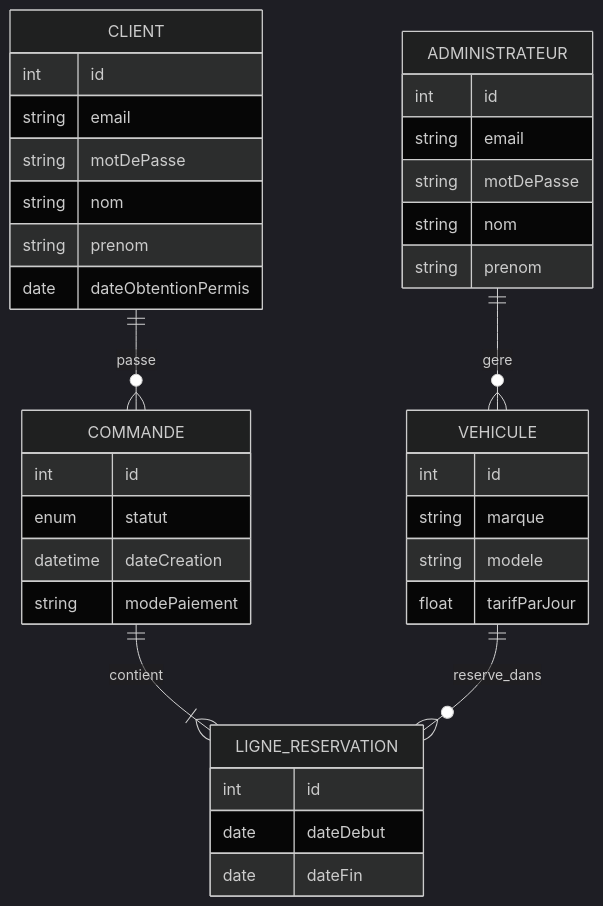
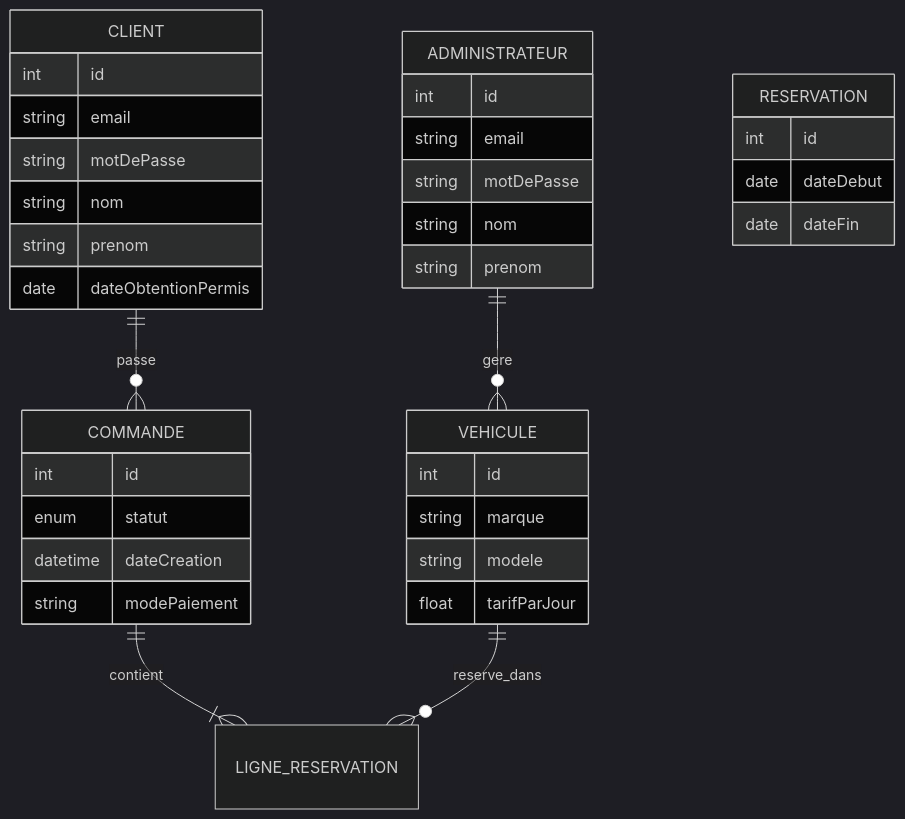
The diagram in test.mmd (MahaSegni/Projet_LocaDrive), drawn with Mermaid (dark theme) before and after one commit. The commit also changed 15 other files, not shown here.

```diff
--- a/test.mmd
+++ b/test.mmd
@@ -1,42 +1,42 @@
 erDiagram
     CLIENT ||--o{ COMMANDE : passe
     ADMINISTRATEUR ||--o{ VEHICULE : gere
     COMMANDE ||--|{ LIGNE_RESERVATION : contient
     VEHICULE ||--o{ LIGNE_RESERVATION : reserve_dans
 
     CLIENT {
         int id
         string email
         string motDePasse
         string nom
         string prenom
         date dateObtentionPermis
     }
 
     ADMINISTRATEUR {
         int id
         string email
         string motDePasse
         string nom
         string prenom
     }
 
     VEHICULE {
         int id
         string marque
         string modele
         float tarifParJour
     }
 
     COMMANDE {
         int id
         enum statut
         datetime dateCreation
         string modePaiement
     }
 
-    LIGNE_RESERVATION {
+    RESERVATION {
         int id
         date dateDebut
         date dateFin
     }
```
